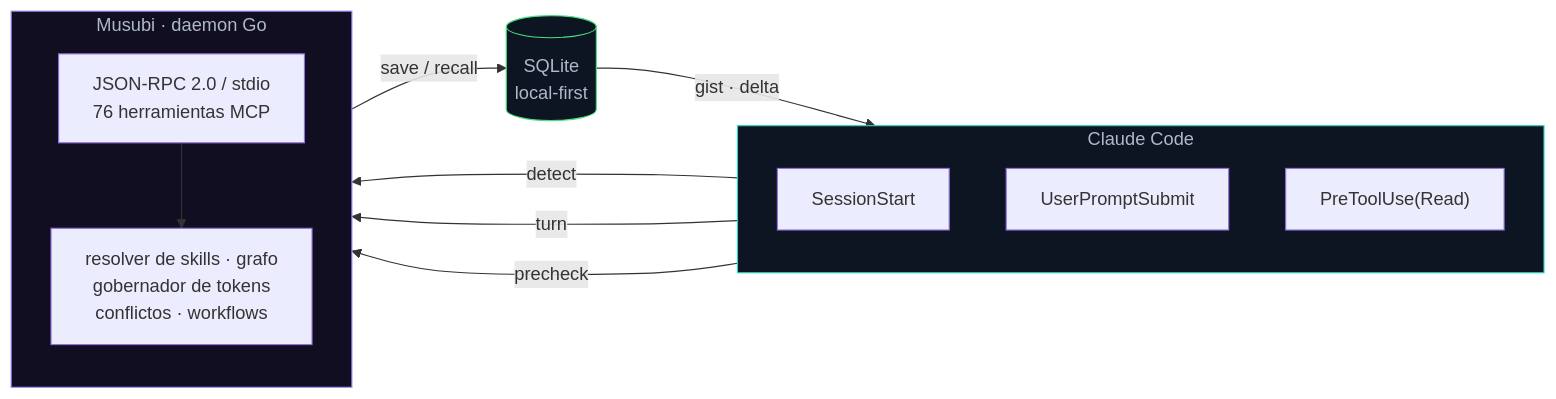
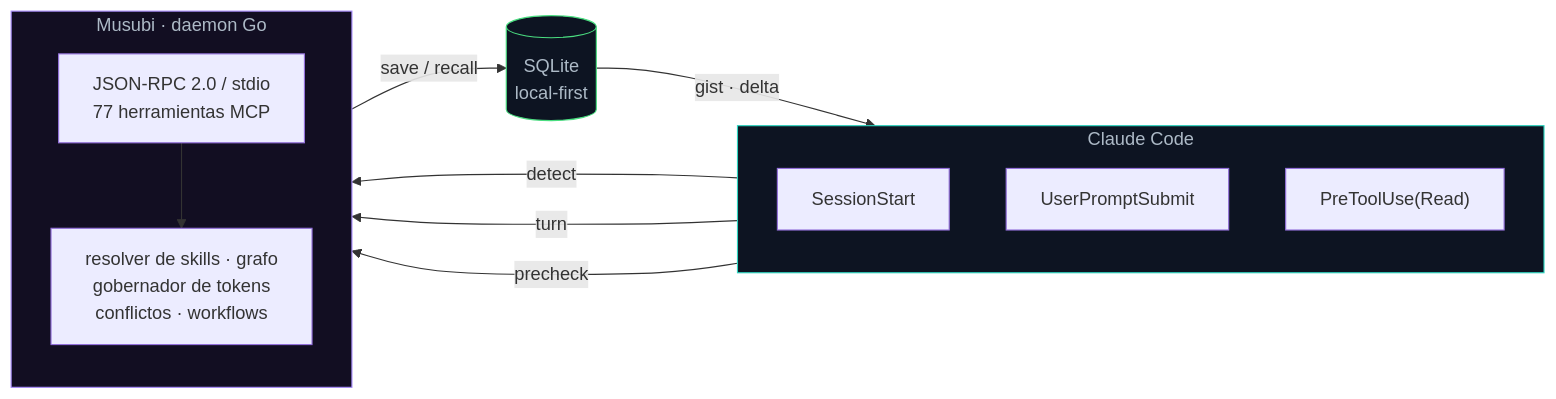
Before and after one commit to codeabraham16/musubi: the first of 3 diagrams in README.md, drawn with Mermaid. The commit also changed other lines of this file and 23 other files, not shown here.

````diff
--- a/README.md
+++ b/README.md
@@ -68,27 +68,27 @@
 ```mermaid
 flowchart LR
     subgraph CC["Claude Code"]
         direction TB
         H1["SessionStart"]
         H2["UserPromptSubmit"]
         H3["PreToolUse(Read)"]
     end
     subgraph M["Musubi · daemon Go"]
         direction TB
-        RPC["JSON-RPC 2.0 / stdio<br/>76 herramientas MCP"]
+        RPC["JSON-RPC 2.0 / stdio<br/>77 herramientas MCP"]
         COG["resolver de skills · grafo<br/>gobernador de tokens<br/>conflictos · workflows"]
     end
     DB[("SQLite<br/>local-first")]
 
     H1 -- "detect" --> RPC
     H2 -- "turn" --> RPC
     H3 -- "precheck" --> RPC
     RPC --> COG
     COG -- "save / recall" --> DB
     DB -- "gist · delta" --> CC
 
     classDef cc fill:#0d1422,stroke:#2dd4bf,color:#adbac7;
     classDef mm fill:#120e22,stroke:#a78bfa,color:#adbac7;
     classDef db fill:#0d1422,stroke:#4ade80,color:#adbac7;
     class CC cc; class M mm; class DB db;
 ```
````
